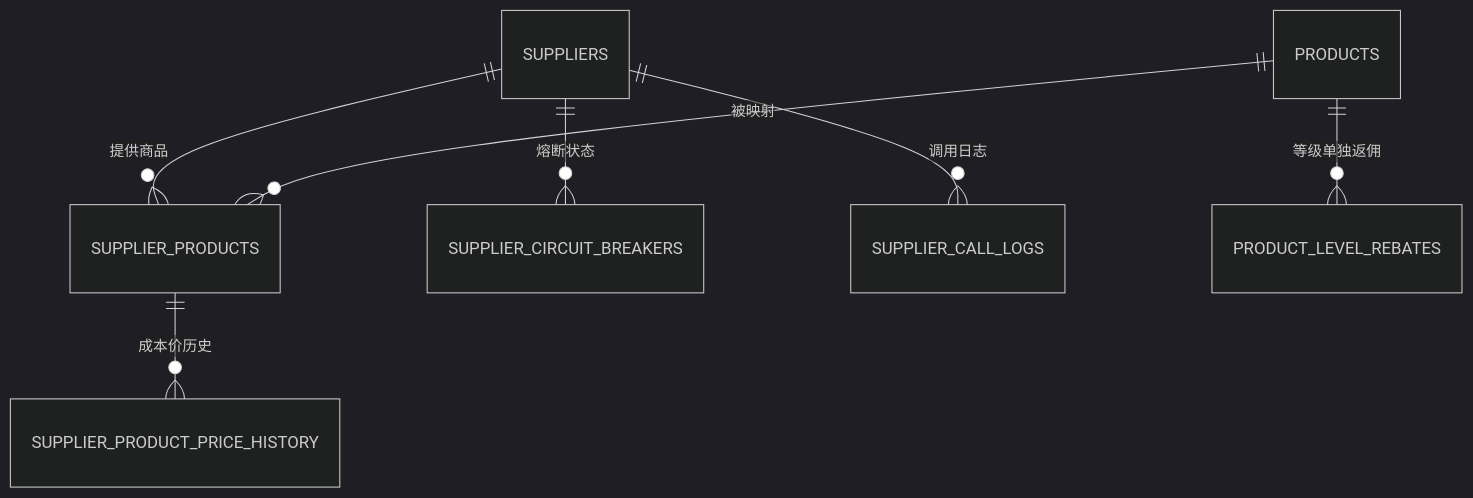
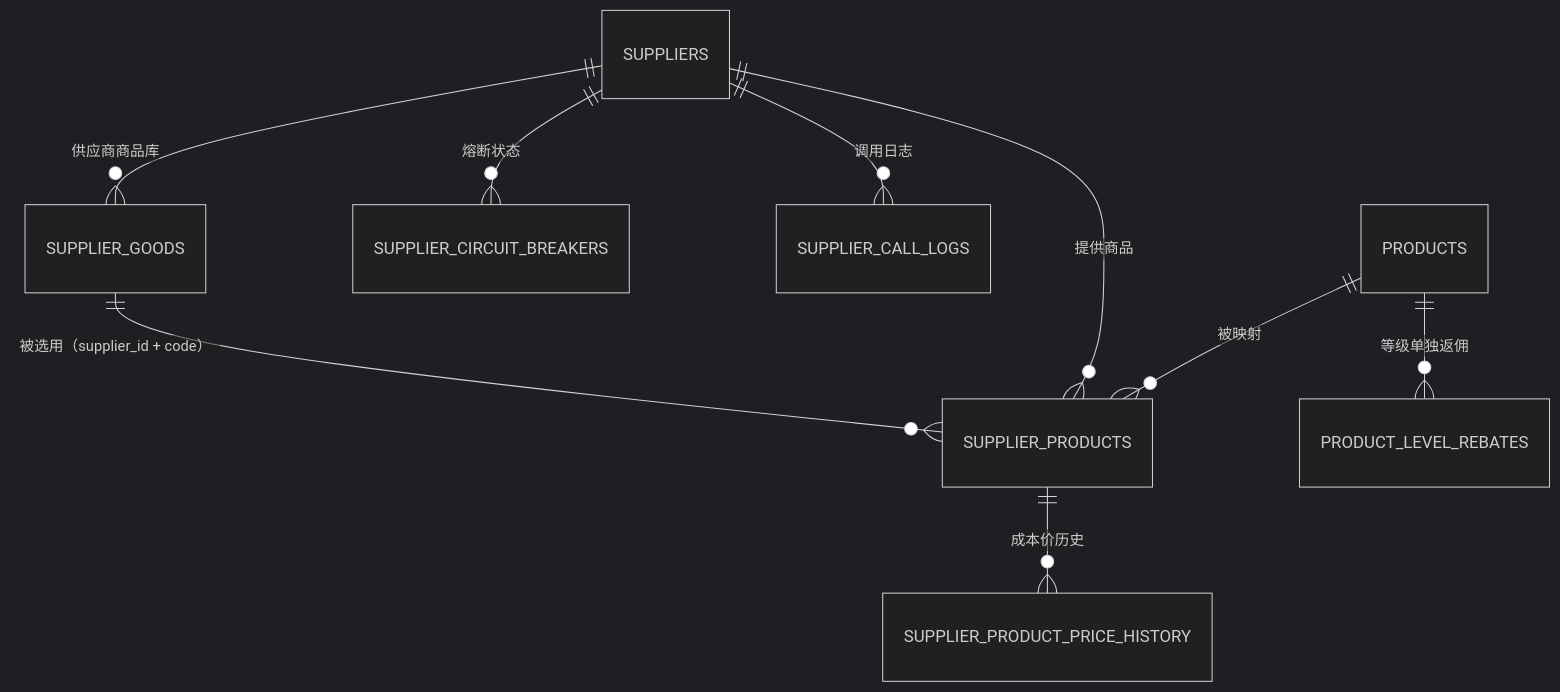
One commit to tankmask0924-ops/platform changed the second of 7 diagrams in docs/database-design.md. Above: the diagram before and after it, drawn with Mermaid (dark theme). The commit also changed other lines of this file and 25 other files, not shown here.

First line of the commit message:
Link local products to supplier goods picked from a synced catalog

````diff
--- a/docs/database-design.md
+++ b/docs/database-design.md
@@ -120,9 +121,11 @@
 ```mermaid
 erDiagram
+    SUPPLIERS ||--o{ SUPPLIER_GOODS : "供应商商品库"
+    SUPPLIER_GOODS ||--o{ SUPPLIER_PRODUCTS : "被选用（supplier_id + code）"
     SUPPLIERS ||--o{ SUPPLIER_PRODUCTS : "提供商品"
     SUPPLIERS ||--o{ SUPPLIER_CIRCUIT_BREAKERS : "熔断状态"
     SUPPLIERS ||--o{ SUPPLIER_CALL_LOGS : "调用日志"
     PRODUCTS ||--o{ SUPPLIER_PRODUCTS : "被映射"
     PRODUCTS ||--o{ PRODUCT_LEVEL_REBATES : "等级单独返佣"
     SUPPLIER_PRODUCTS ||--o{ SUPPLIER_PRODUCT_PRICE_HISTORY : "成本价历史"
 ```
````
